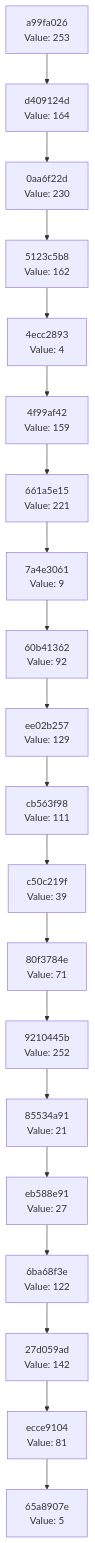
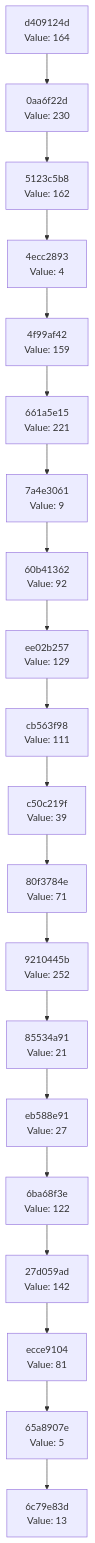
Before and after one commit to Abhisheksinha1506/hash-chain-evolver: the diagram in docs/CHAIN_VISUALIZATION.md, drawn with Mermaid. The commit also changed 1 other file, not shown here.

Commit message:
Evolution step: hash 0x0D → action executed

````diff
--- a/docs/CHAIN_VISUALIZATION.md
+++ b/docs/CHAIN_VISUALIZATION.md
@@ -3,42 +3,42 @@
 ```mermaid
 graph TD
-    C0["65a8907e<br/>Value: 5"]
-    C1["ecce9104<br/>Value: 81"]
+    C0["6c79e83d<br/>Value: 13"]
+    C1["65a8907e<br/>Value: 5"]
     C1 --> C0
-    C2["27d059ad<br/>Value: 142"]
+    C2["ecce9104<br/>Value: 81"]
     C2 --> C1
-    C3["6ba68f3e<br/>Value: 122"]
+    C3["27d059ad<br/>Value: 142"]
     C3 --> C2
-    C4["eb588e91<br/>Value: 27"]
+    C4["6ba68f3e<br/>Value: 122"]
     C4 --> C3
-    C5["85534a91<br/>Value: 21"]
+    C5["eb588e91<br/>Value: 27"]
     C5 --> C4
-    C6["9210445b<br/>Value: 252"]
+    C6["85534a91<br/>Value: 21"]
     C6 --> C5
-    C7["80f3784e<br/>Value: 71"]
+    C7["9210445b<br/>Value: 252"]
     C7 --> C6
-    C8["c50c219f<br/>Value: 39"]
+    C8["80f3784e<br/>Value: 71"]
     C8 --> C7
-    C9["cb563f98<br/>Value: 111"]
+    C9["c50c219f<br/>Value: 39"]
     C9 --> C8
-    C10["ee02b257<br/>Value: 129"]
+    C10["cb563f98<br/>Value: 111"]
     C10 --> C9
-    C11["60b41362<br/>Value: 92"]
+    C11["ee02b257<br/>Value: 129"]
     C11 --> C10
-    C12["7a4e3061<br/>Value: 9"]
+    C12["60b41362<br/>Value: 92"]
     C12 --> C11
-    C13["661a5e15<br/>Value: 221"]
+    C13["7a4e3061<br/>Value: 9"]
     C13 --> C12
-    C14["4f99af42<br/>Value: 159"]
+    C14["661a5e15<br/>Value: 221"]
     C14 --> C13
-    C15["4ecc2893<br/>Value: 4"]
+    C15["4f99af42<br/>Value: 159"]
     C15 --> C14
-    C16["5123c5b8<br/>Value: 162"]
+    C16["4ecc2893<br/>Value: 4"]
     C16 --> C15
-    C17["0aa6f22d<br/>Value: 230"]
+    C17["5123c5b8<br/>Value: 162"]
     C17 --> C16
-    C18["d409124d<br/>Value: 164"]
+    C18["0aa6f22d<br/>Value: 230"]
     C18 --> C17
-    C19["a99fa026<br/>Value: 253"]
+    C19["d409124d<br/>Value: 164"]
     C19 --> C18
 ```
````
